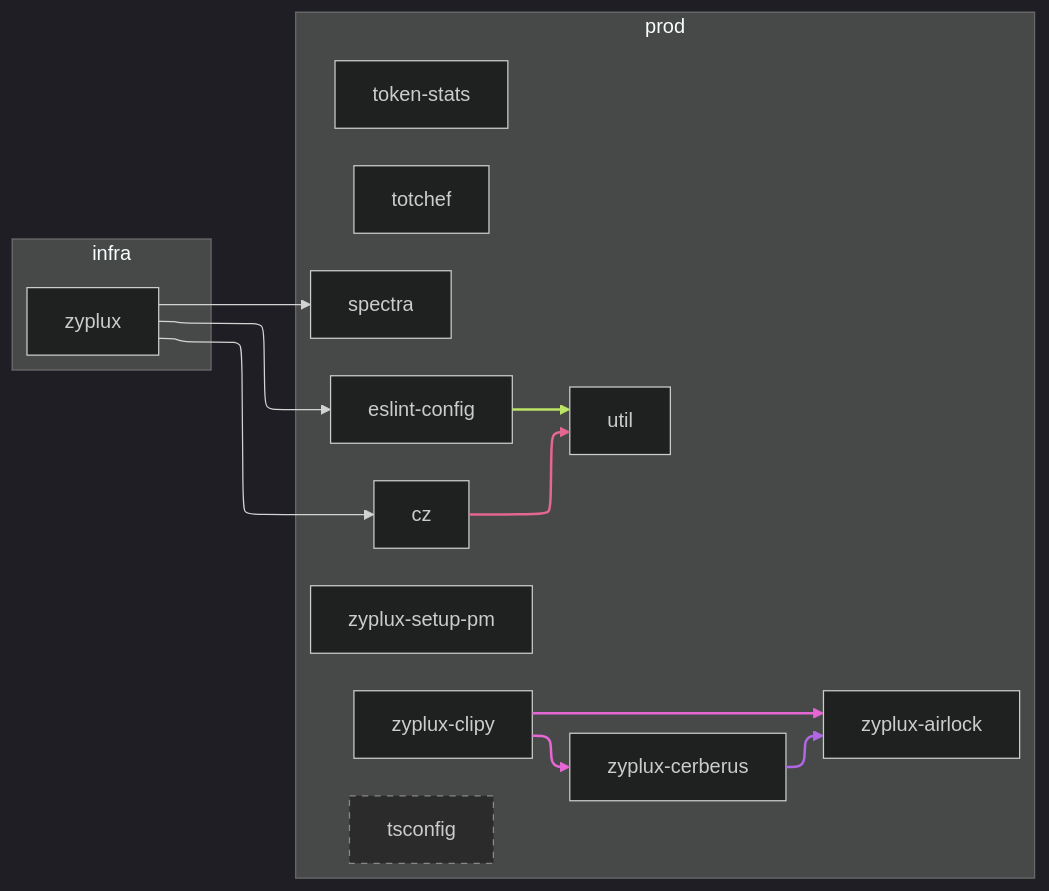
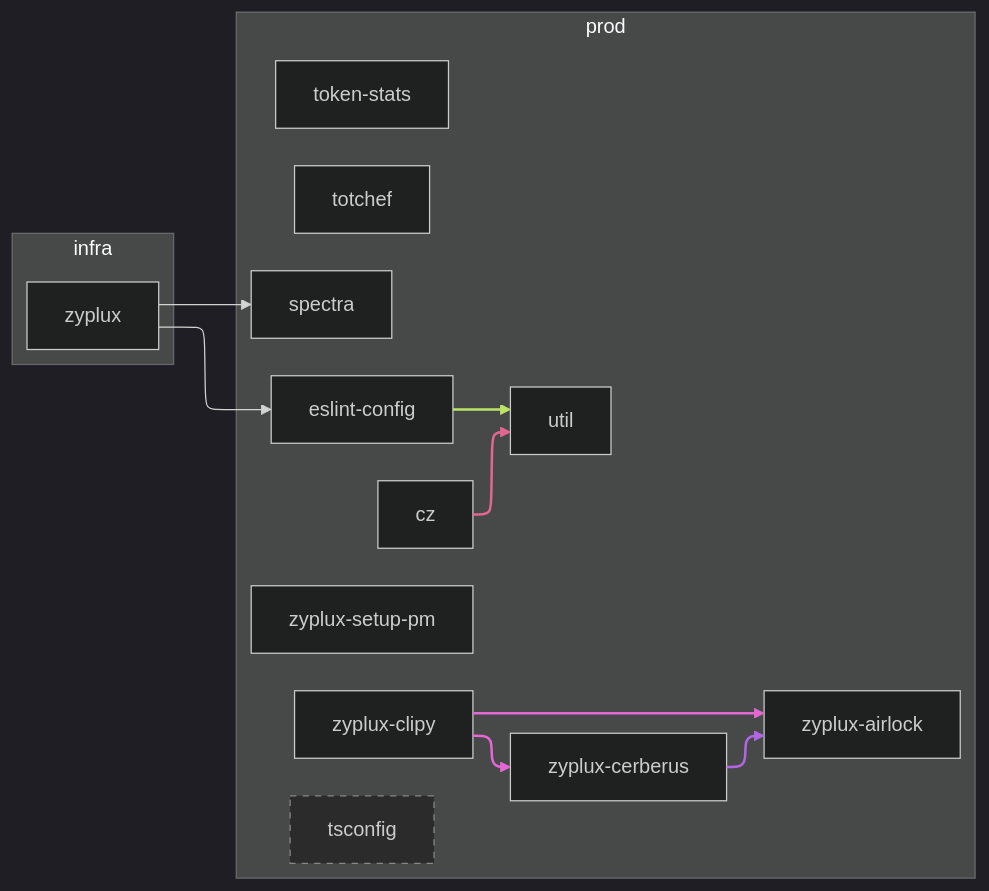
Before and after one commit to zyplux/zyplux: the diagram in WORKSPACE_GRAPH.md, drawn with Mermaid. The commit also changed 11 other files, not shown here.

````diff
--- a/WORKSPACE_GRAPH.md
+++ b/WORKSPACE_GRAPH.md
@@ -5,41 +5,40 @@
 ```mermaid
 ---
 config:
   theme: dark
   layout: elk
 ---
 flowchart LR
     subgraph group_infra["infra"]
         ws_0["zyplux"]
     end
     subgraph group_prod["prod"]
         ws_1["zyplux-setup-pm"]
         ws_2["zyplux-airlock"]
         ws_3["zyplux-cerberus"]
         ws_4["zyplux-clipy"]
         ws_5["cz"]
         ws_6["token-stats"]
         ws_7["totchef"]
         ws_8["eslint-config"]
         ws_9["spectra"]
         ws_10["tsconfig"]:::foundation
         ws_11["util"]
     end
-    ws_0 ws_0__ws_5@--> ws_5
     ws_0 ws_0__ws_8@--> ws_8
     ws_0 ws_0__ws_9@--> ws_9
     ws_3 ws_3__ws_2@--> ws_2
     classDef ws_3_edges stroke:#b167e4,stroke-width:2px
     class ws_3__ws_2 ws_3_edges
     ws_4 ws_4__ws_2@--> ws_2
     ws_4 ws_4__ws_3@--> ws_3
     classDef ws_4_edges stroke:#e467d3,stroke-width:2px
     class ws_4__ws_2,ws_4__ws_3 ws_4_edges
     ws_5 ws_5__ws_11@--> ws_11
     classDef ws_5_edges stroke:#e4678f,stroke-width:2px
     class ws_5__ws_11 ws_5_edges
     ws_8 ws_8__ws_11@--> ws_11
     classDef ws_8_edges stroke:#bce467,stroke-width:2px
     class ws_8__ws_11 ws_8_edges
     classDef foundation fill:#2b2b2b,stroke:#888,stroke-dasharray:5 5
 ```
````
